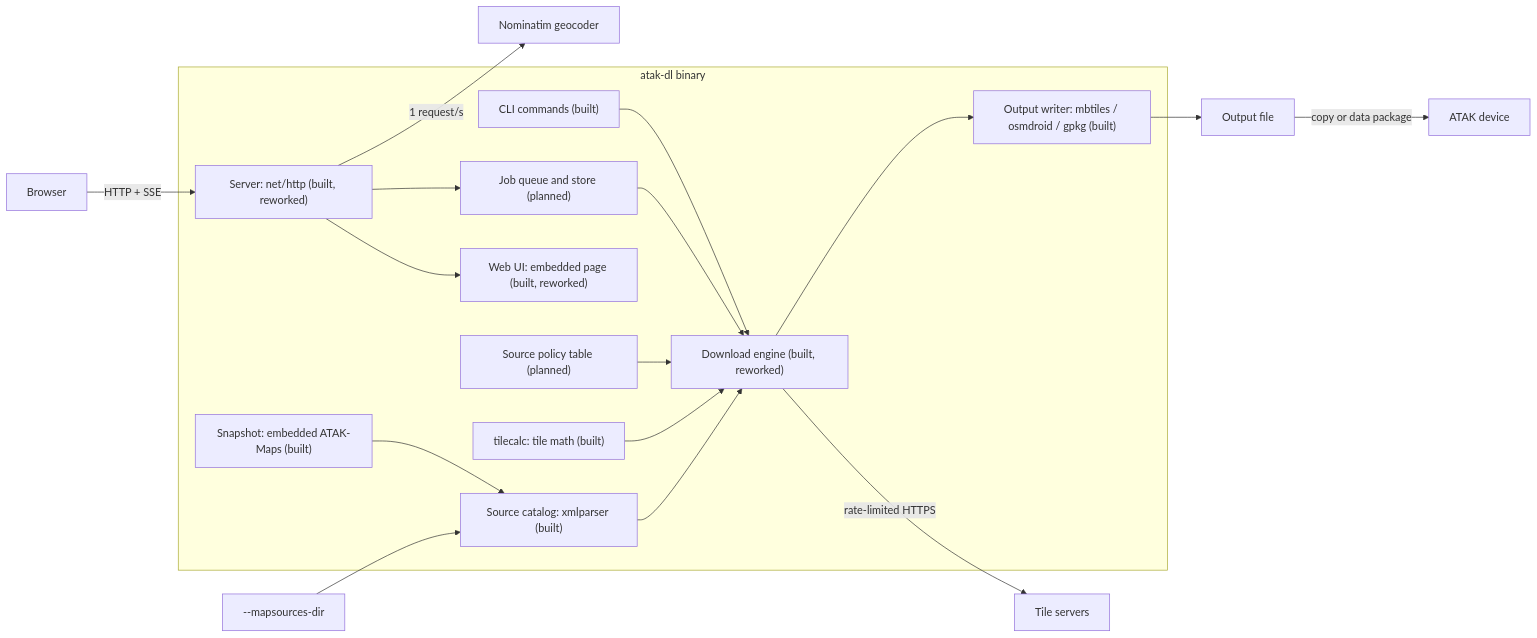
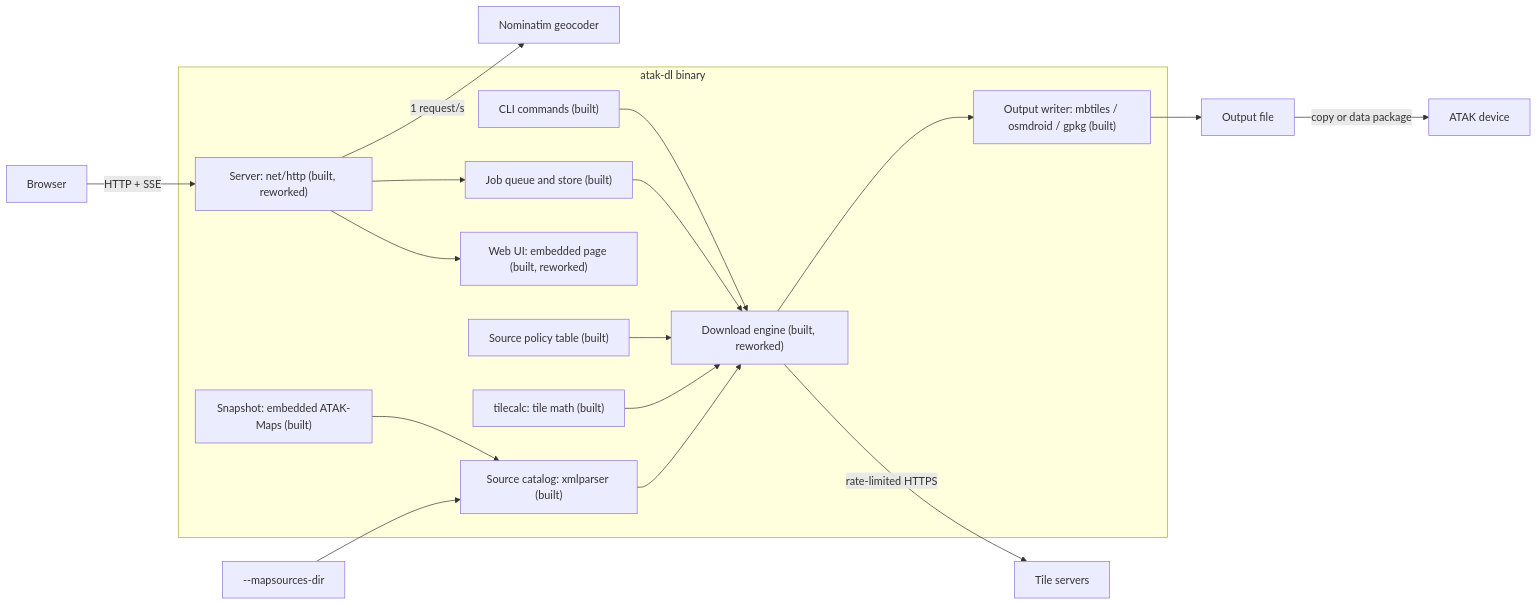
Before and after one commit to Crank-Git/ATAKMapDownloader: the first of 3 diagrams in docs/specs/spec.md, drawn with Mermaid. The commit also changed other lines of this file and 1 other file, not shown here.

First line of the commit message:
Mark the built parts of spec.md as built, after a check against the code

````diff
--- a/docs/specs/spec.md
+++ b/docs/specs/spec.md
@@ -159,28 +159,28 @@
 ```mermaid
 flowchart LR
   subgraph Binary["atak-dl binary"]
     CLI["CLI commands (built)"]
     Server["Server: net/http (built, reworked)"]
     WebUI["Web UI: embedded page (built, reworked)"]
     Catalog["Source catalog: xmlparser (built)"]
     Snapshot["Snapshot: embedded ATAK-Maps (built)"]
-    Policy["Source policy table (planned)"]
+    Policy["Source policy table (built)"]
     TileCalc["tilecalc: tile math (built)"]
     Engine["Download engine (built, reworked)"]
     Writer["Output writer: mbtiles / osmdroid / gpkg (built)"]
-    Jobs["Job queue and store (planned)"]
+    Jobs["Job queue and store (built)"]
   end
   Browser["Browser"] -->|HTTP + SSE| Server
   Server --> WebUI
   CLI --> Engine
   Server --> Jobs --> Engine
   Snapshot --> Catalog
   SourceDir["--mapsources-dir"] --> Catalog
   Catalog --> Engine
   Policy --> Engine
   TileCalc --> Engine
   Engine -->|rate-limited HTTPS| Tiles["Tile servers"]
   Engine --> Writer --> Out["Output file"]
   Server -->|1 request/s| Nominatim["Nominatim geocoder"]
   Out -->|copy or data package| TAK["ATAK device"]
 ```
````
